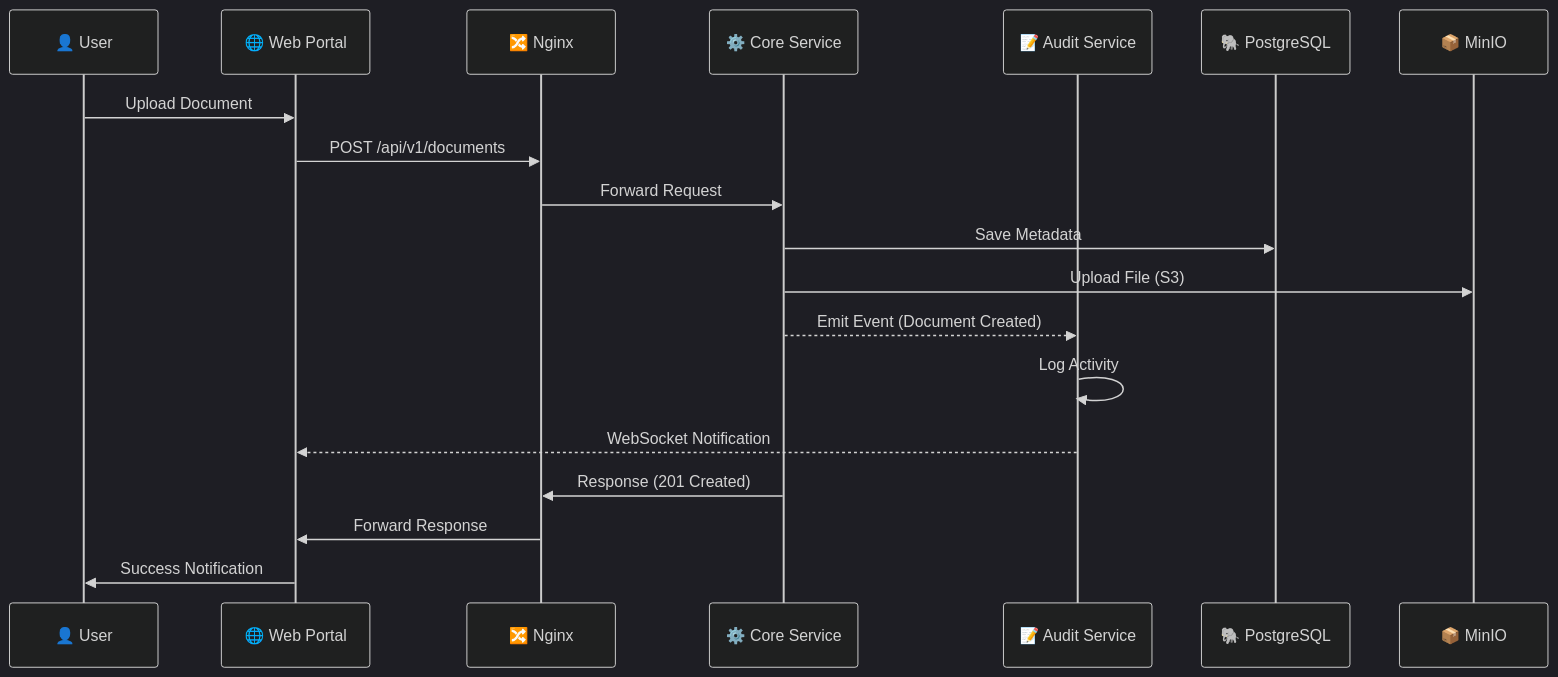
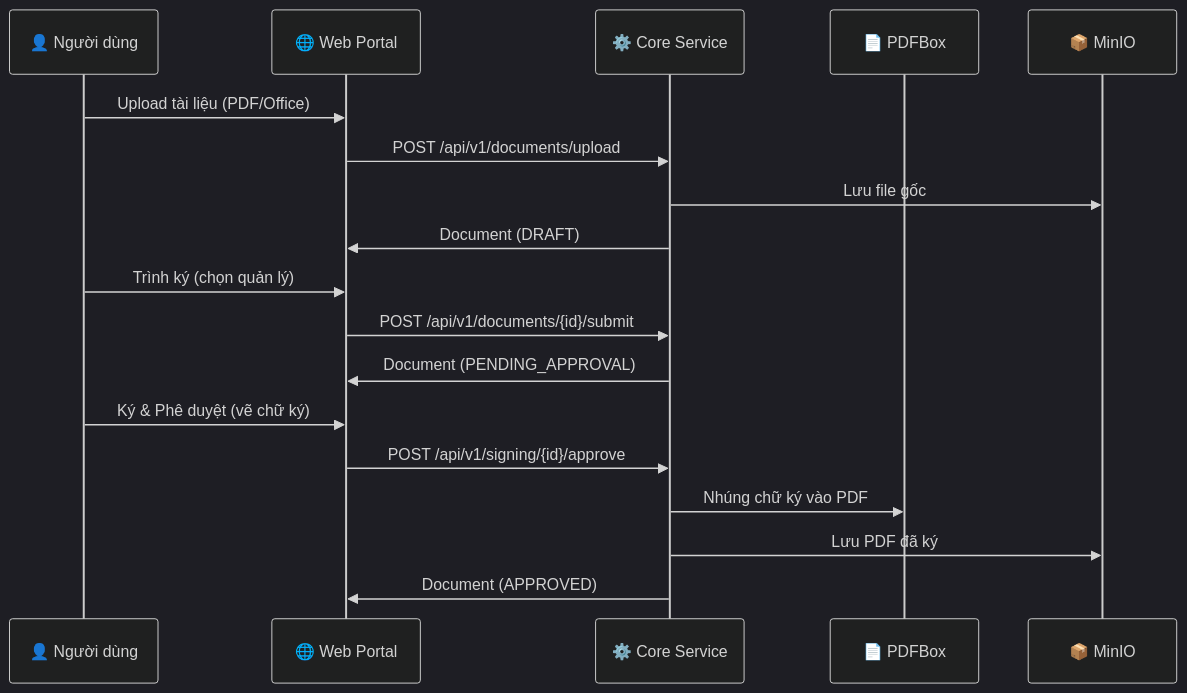
The second of 3 diagrams in README.md (2impaoo-it/smart-edms-system), drawn with Mermaid (dark theme) before and after one commit. The commit also changed other lines of this file and 10 other files, not shown here.

Commit message:
feat: implement document and admin storage management controllers and services for core-service

````diff
--- a/README.md
+++ b/README.md
@@ -92,22 +96,23 @@
 ```mermaid
 sequenceDiagram
-    participant U as 👤 User
+    participant U as 👤 Người dùng
     participant W as 🌐 Web Portal
-    participant N as 🔀 Nginx
     participant C as ⚙️ Core Service
-    participant A as 📝 Audit Service
-    participant P as 🐘 PostgreSQL
+    participant PDF as 📄 PDFBox
     participant M as 📦 MinIO
 
-    U->>W: Upload Document
-    W->>N: POST /api/v1/documents
-    N->>C: Forward Request
-    C->>P: Save Metadata
-    C->>M: Upload File (S3)
-    C-->>A: Emit Event (Document Created)
-    A->>A: Log Activity
-    A-->>W: WebSocket Notification
-    C->>N: Response (201 Created)
-    N->>W: Forward Response
-    W->>U: Success Notification
+    U->>W: Upload tài liệu (PDF/Office)
+    W->>C: POST /api/v1/documents/upload
+    C->>M: Lưu file gốc
+    C->>W: Document (DRAFT)
+
+    U->>W: Trình ký (chọn quản lý)
+    W->>C: POST /api/v1/documents/{id}/submit
+    C->>W: Document (PENDING_APPROVAL)
+
+    U->>W: Ký & Phê duyệt (vẽ chữ ký)
+    W->>C: POST /api/v1/signing/{id}/approve
+    C->>PDF: Nhúng chữ ký vào PDF
+    C->>M: Lưu PDF đã ký
+    C->>W: Document (APPROVED)
 ```
````
